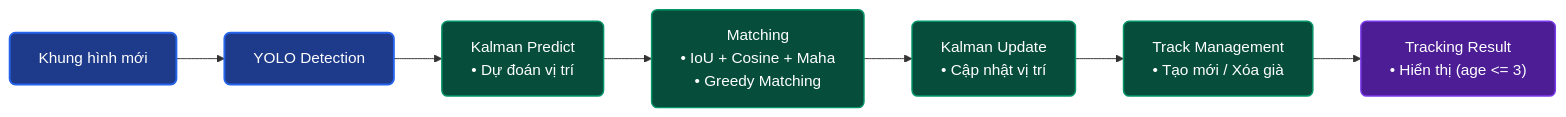
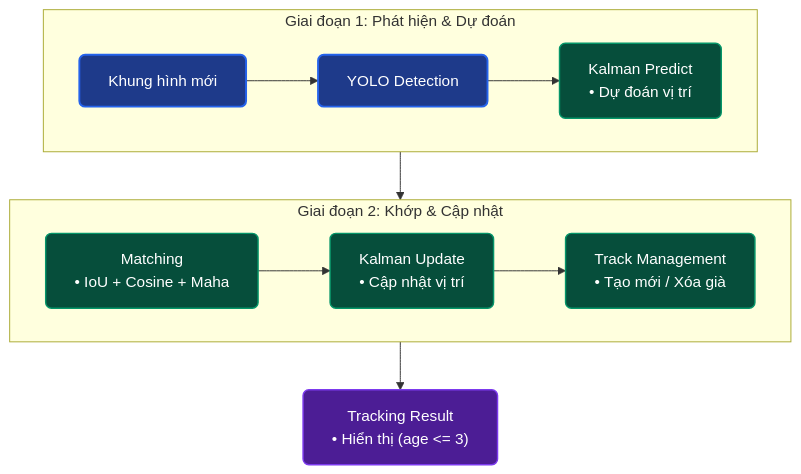
The diagram in code04.md (NagnQyhn217/thigiacmaytinhAnh), drawn with Mermaid before and after one commit.

````diff
--- a/code04.md
+++ b/code04.md
@@ -1,17 +1,23 @@
 ```mermaid
-graph LR
+graph TD
     classDef step stroke:#2563eb,stroke-width:2px,fill:#1e3a8a,color:#ffffff,rx:6px,ry:6px;
     classDef process stroke:#059669,stroke-width:1.5px,fill:#064e3b,color:#ffffff,rx:6px,ry:6px;
     classDef output stroke:#7c3aed,stroke-width:1.5px,fill:#4c1d95,color:#ffffff,rx:6px,ry:6px;
 
-    A["Khung hình mới"] --> B["YOLO Detection"]
-    B --> C["Kalman Predict<br>• Dự đoán vị trí"]
-    C --> D["Matching<br>• IoU + Cosine + Maha<br>• Greedy Matching"]
-    D --> E["Kalman Update<br>• Cập nhật vị trí"]
-    E --> F["Track Management<br>• Tạo mới / Xóa già"]
+    subgraph HANG1 ["Giai đoạn 1: Phát hiện & Dự đoán"]
+        direction LR
+        A["Khung hình mới"] --> B["YOLO Detection"] --> C["Kalman Predict<br>• Dự đoán vị trí"]
+    end
+
+    subgraph HANG2 ["Giai đoạn 2: Khớp & Cập nhật"]
+        direction LR
+        D["Matching<br>• IoU + Cosine + Maha"] --> E["Kalman Update<br>• Cập nhật vị trí"] --> F["Track Management<br>• Tạo mới / Xóa già"]
+    end
+
+    C --> D
     F --> G["Tracking Result<br>• Hiển thị (age <= 3)"]
 
     class A,B step;
     class C,D,E,F process;
     class G output;
 ```
````
